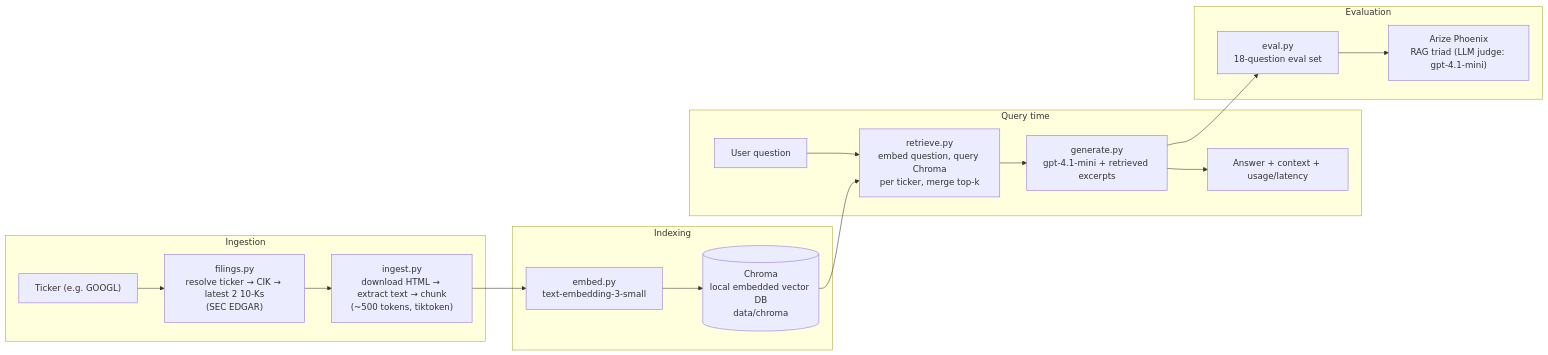
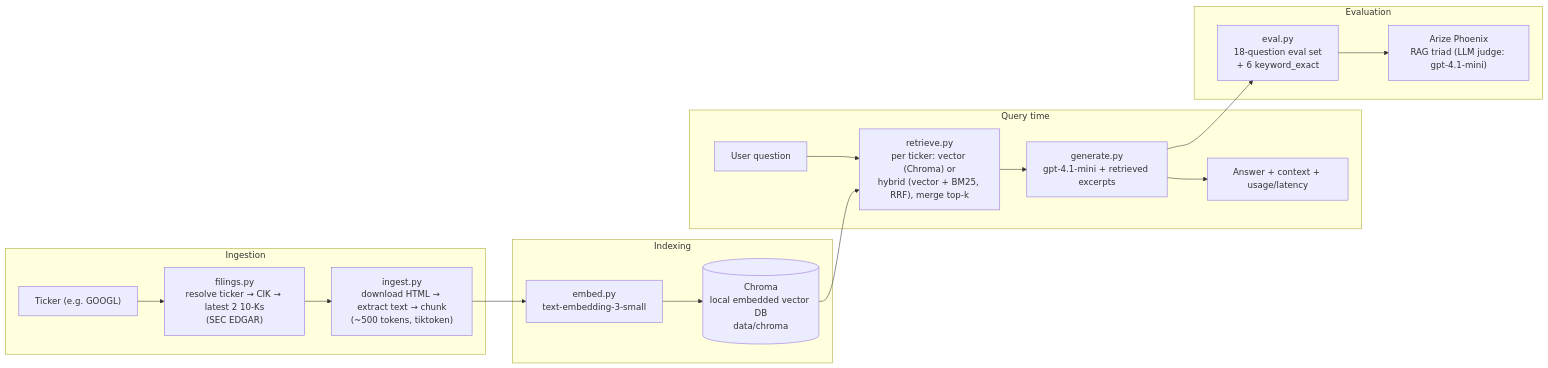
The diagram in README.md (galaxyzhangdev/filings-rag-assistant), drawn with Mermaid before and after one commit. The commit also changed other lines of this file and 9 other files, not shown here.

Commit message:
feat: add hybrid retrieval (BM25 + vector, RRF)

````diff
--- a/README.md
+++ b/README.md
@@ -14,24 +14,24 @@
 ```mermaid
 flowchart LR
     subgraph Ingestion
         A["Ticker (e.g. GOOGL)"] --> B["filings.py<br/>resolve ticker → CIK → latest 2 10-Ks<br/>(SEC EDGAR)"]
         B --> C["ingest.py<br/>download HTML → extract text → chunk<br/>(~500 tokens, tiktoken)"]
     end
 
     subgraph Indexing
         C --> D["embed.py<br/>text-embedding-3-small"]
         D --> E[("Chroma<br/>local embedded vector DB<br/>data/chroma")]
     end
 
     subgraph "Query time"
-        F["User question"] --> G["retrieve.py<br/>embed question, query Chroma<br/>per ticker, merge top-k"]
+        F["User question"] --> G["retrieve.py<br/>per ticker: vector (Chroma) or<br/>hybrid (vector + BM25, RRF), merge top-k"]
         E --> G
         G --> H["generate.py<br/>gpt-4.1-mini + retrieved excerpts"]
         H --> I["Answer + context + usage/latency"]
     end
 
     subgraph Evaluation
-        H --> J["eval.py<br/>18-question eval set"]
+        H --> J["eval.py<br/>18-question eval set<br/>+ 6 keyword_exact"]
         J --> K["Arize Phoenix<br/>RAG triad (LLM judge: gpt-4.1-mini)"]
     end
 ```
````
